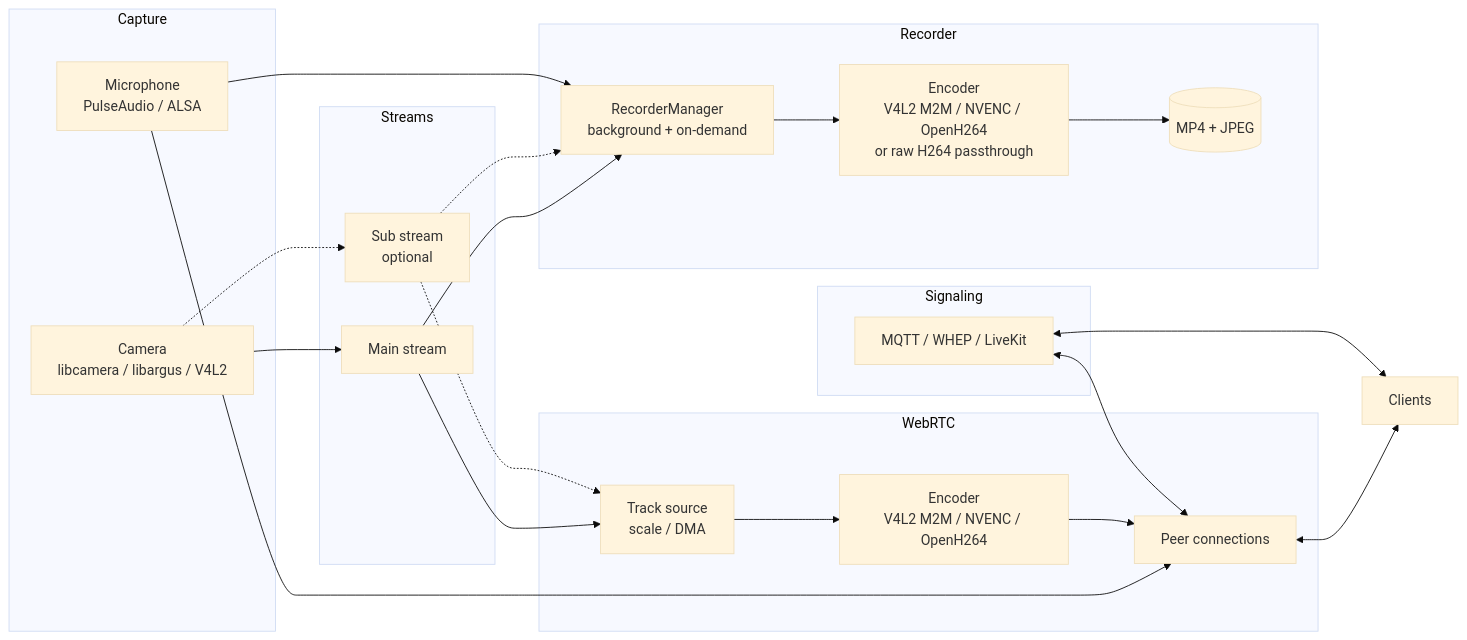
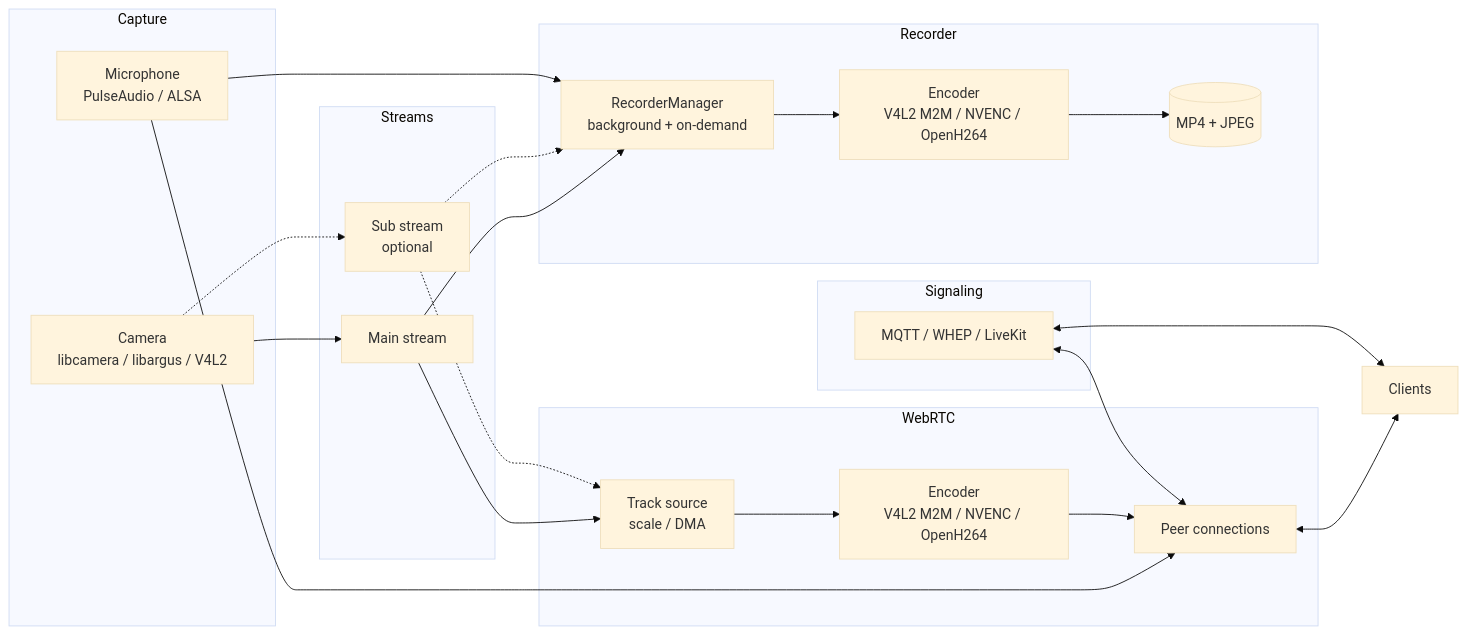
Before and after one commit to mazupo/pi-webrtc: the diagram in docs/ARCHITECTURE.md, drawn with Mermaid (base theme). The commit also changed other lines of this file and 5 other files, not shown here.

````diff
--- a/docs/ARCHITECTURE.md
+++ b/docs/ARCHITECTURE.md
@@ -8,42 +8,42 @@
 ```mermaid
 graph LR
     subgraph Capture
         CAM[Camera<br/>libcamera / libargus / V4L2]
         MIC[Microphone<br/>PulseAudio / ALSA]
     end
 
     subgraph Streams
         MAIN[Main stream]
         SUB[Sub stream<br/>optional]
     end
 
     subgraph WebRTC
         TRACK[Track source<br/>scale / DMA]
         ENC[Encoder<br/>V4L2 M2M / NVENC / OpenH264]
         PEER[Peer connections]
     end
 
     subgraph Recorder
         REC[RecorderManager<br/>background + on-demand]
-        RENC[Encoder<br/>V4L2 M2M / NVENC / OpenH264<br/>or raw H264 passthrough]
+        RENC[Encoder<br/>V4L2 M2M / NVENC / OpenH264]
         MP4[(MP4 + JPEG)]
     end
 
     subgraph Signaling
         SIG[MQTT / WHEP / LiveKit]
     end
 
     CAM --> MAIN
     CAM -.-> SUB
     MAIN --> TRACK
     SUB -.-> TRACK
     MAIN --> REC
     SUB -.-> REC
     MIC --> PEER
     MIC --> REC
     TRACK --> ENC --> PEER
     REC --> RENC --> MP4
     SIG <--> PEER
     PEER <--> CLIENT[Clients]
     SIG <--> CLIENT
 ```
````
